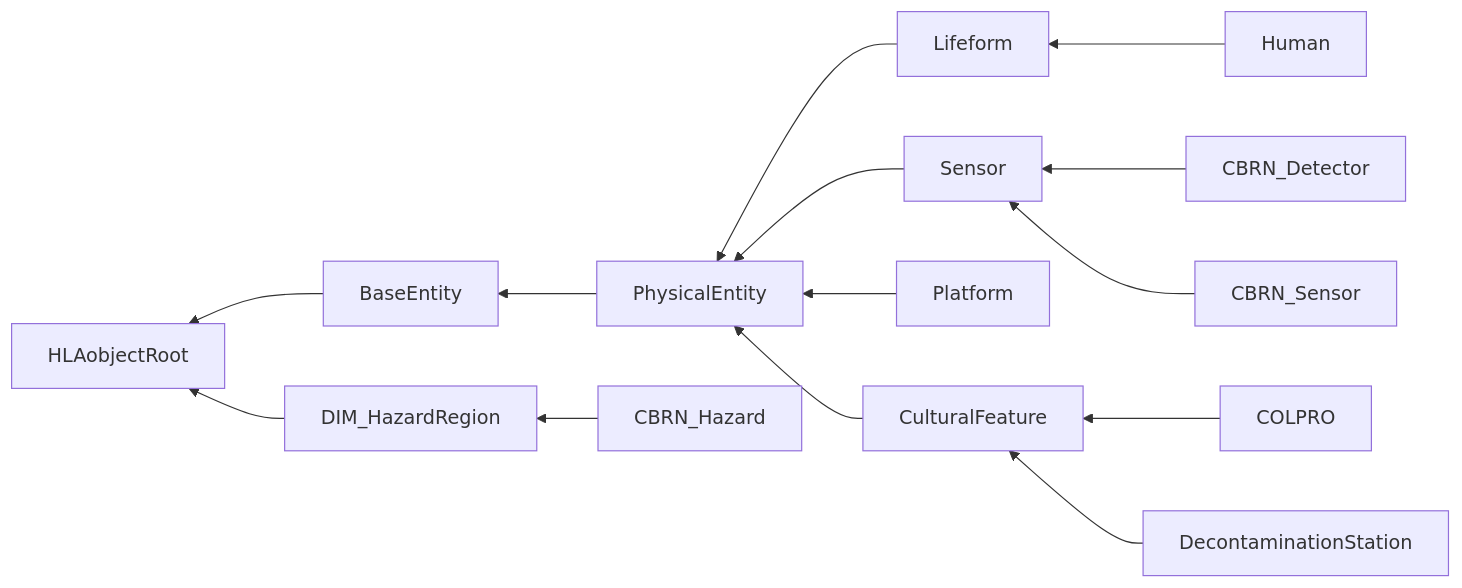
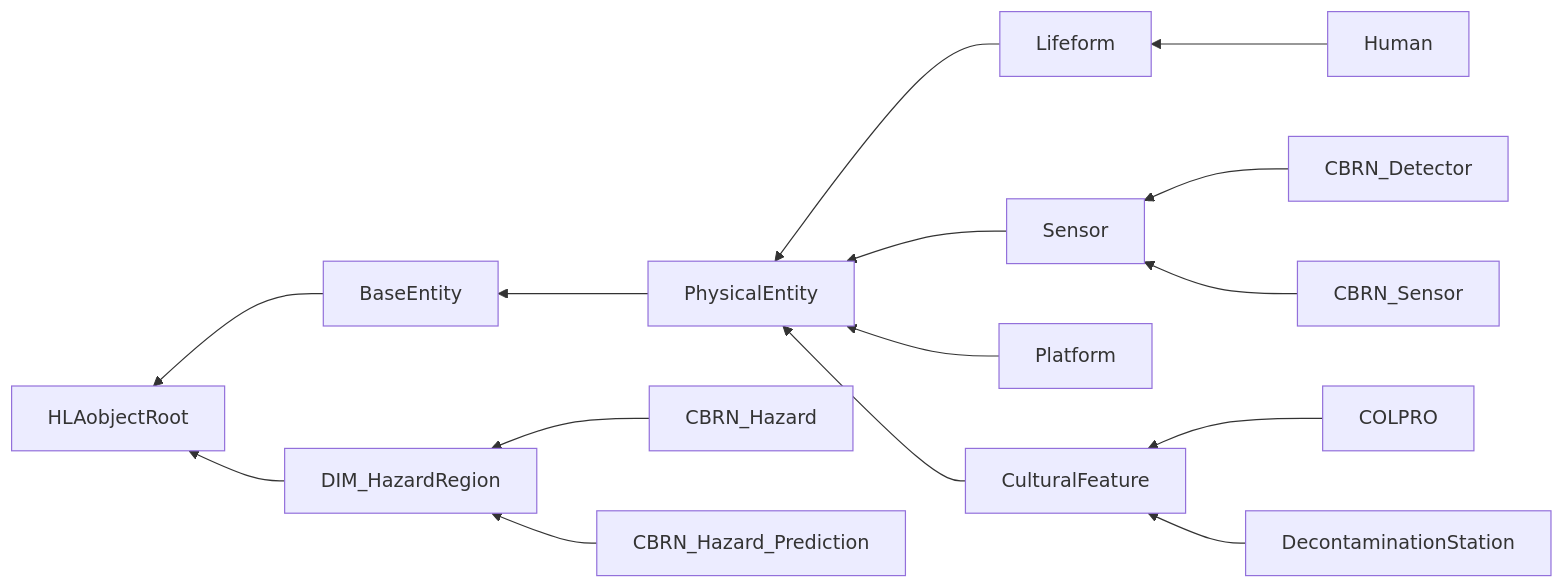
One commit to AMSP-04/NETN-CBRN changed the sixth of 7 diagrams in NETN-CBRN.md. Above: the diagram before and after it, drawn with Mermaid. The commit also changed other lines of this file and 1 other file, not shown here.

````diff
--- a/NETN-CBRN.md
+++ b/NETN-CBRN.md
@@ -205,16 +171,17 @@
 ```mermaid
 graph RL
 BaseEntity-->HLAobjectRoot
 DIM_HazardRegion-->HLAobjectRoot
 PhysicalEntity-->BaseEntity
 Lifeform-->PhysicalEntity
 Sensor-->PhysicalEntity
 Platform-->PhysicalEntity
 CulturalFeature-->PhysicalEntity
 Human-->Lifeform
 CBRN_Detector-->Sensor
 CBRN_Sensor-->Sensor
 COLPRO-->CulturalFeature
 DecontaminationStation-->CulturalFeature
 CBRN_Hazard-->DIM_HazardRegion
+CBRN_Hazard_Prediction-->DIM_HazardRegion
 ```
````
